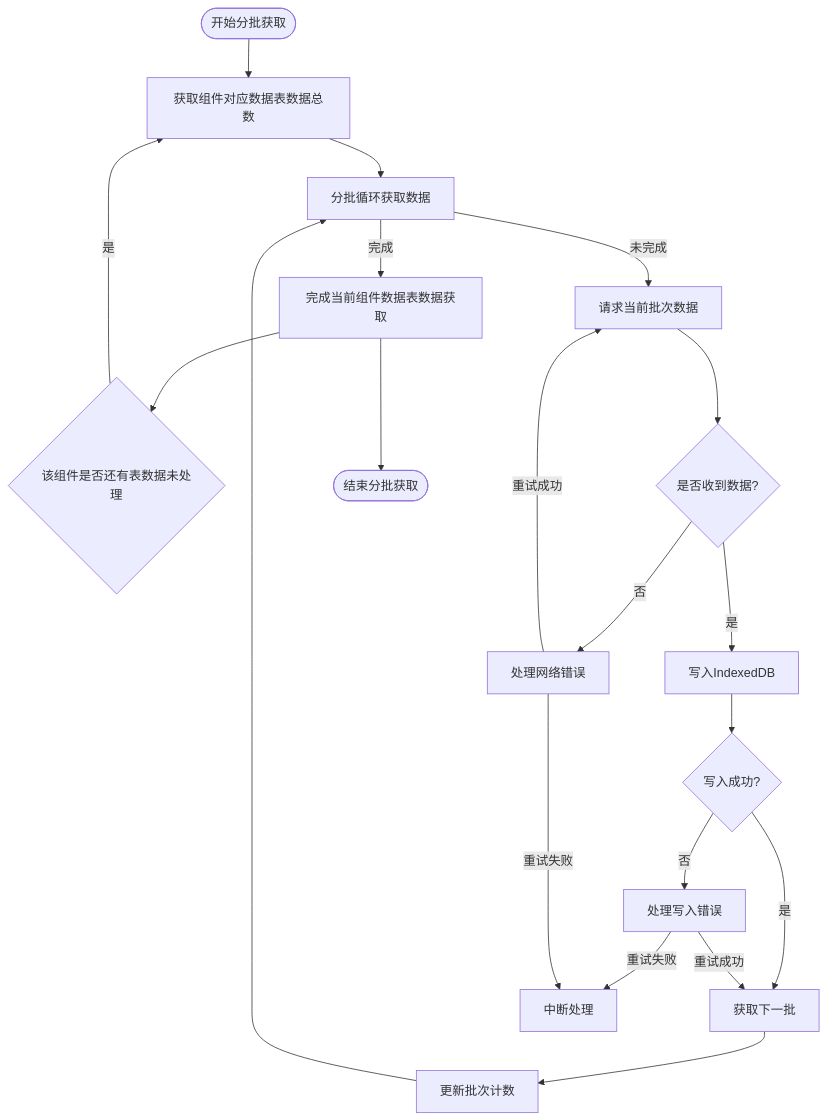
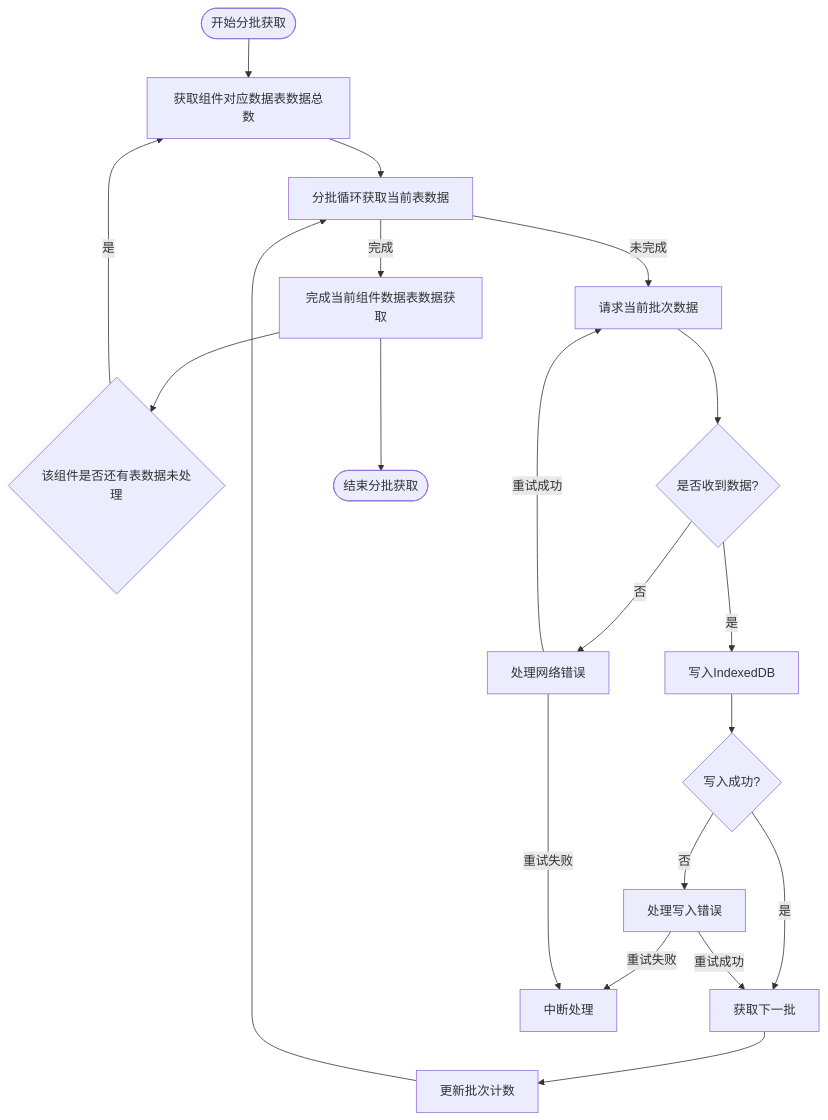
One commit to yingjianzh/iodraw-files changed the diagram in all/未命名-56.md. Above: the diagram before and after it, drawn with Mermaid.

Commit message:
2025-05-12 10:27:01 update

````diff
--- a/all/未命名-56.md
+++ b/all/未命名-56.md
@@ -1,33 +1,33 @@
 ```mermaid
 
 flowchart TD
     StartBatch([开始分批获取]) --> InitializeBatch[获取组件对应数据表数据总数]
-    InitializeBatch --> CheckBatchSize[分批循环获取数据]
+    InitializeBatch --> CheckBatchSize[分批循环获取当前表数据]
     
     CheckBatchSize -->|完成| BatchComplete[完成当前组件数据表数据获取]
 
     BatchComplete --> HasNext{该组件是否还有表数据未处理}
 
     HasNext --> |是| InitializeBatch
     
     CheckBatchSize -->|未完成| RequestBatch[请求当前批次数据]
     RequestBatch --> ReceiveBatch{是否收到数据?}
     
     ReceiveBatch -->|是| WriteToDB[写入IndexedDB]
     
     WriteToDB --> BatchSuccess{写入成功?}
     BatchSuccess -->|是| NextBatch[获取下一批]
     BatchSuccess -->|否| HandleError[处理写入错误]
     HandleError -->|重试成功| NextBatch
     HandleError -->|重试失败| AbortProcess[中断处理]
     
     ReceiveBatch -->|否| HandleNetworkError[处理网络错误]
     HandleNetworkError -->|重试成功| RequestBatch
     HandleNetworkError -->|重试失败| AbortProcess
     
     NextBatch --> IncrementBatch[更新批次计数]
     IncrementBatch --> CheckBatchSize
     
     BatchComplete --> EndBatch([结束分批获取])
 
 ```
````
